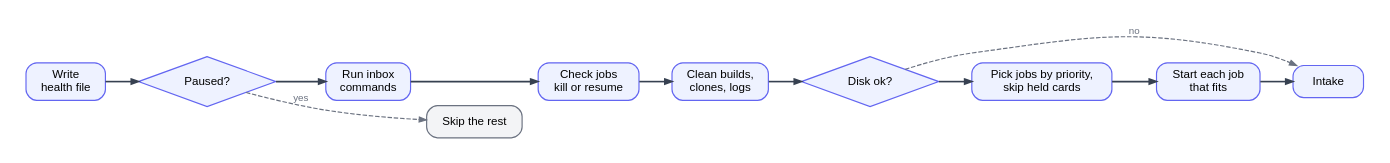
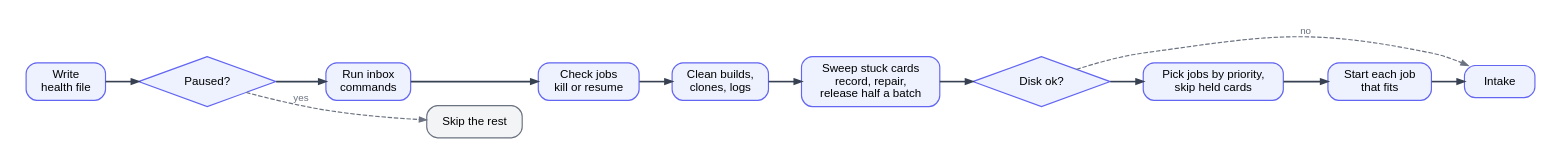
The diagram in factory/docs/diagrams/tick.dot (btseytlin/road-machiners), drawn with Graphviz before and after one commit. The commit also changed 6 other files, not shown here.

Commit message:
The spec describes the stuck sweep, its records and the half-batch merge retry

```diff
--- a/factory/docs/diagrams/tick.dot
+++ b/factory/docs/diagrams/tick.dot
@@ -1,13 +1,15 @@
 // One tick. Black: normal path. Grey: the tick skips steps. Intake runs last, so its failure never holds back a job.
+// The stuck sweep runs on the board the tick read, and its crash never holds back the jobs.
 digraph tick {
   rankdir=LR; nodesep=0.3; ranksep=0.5; bgcolor=white; pad=0.3;
   node [shape=box, style="rounded,filled", fillcolor="#eef2ff", color="#6366f1", fontname="Helvetica", fontsize=13, margin="0.15,0.1", penwidth=1.3, width=1.1];
   edge [color="#374151", penwidth=1.8, arrowsize=0.8, fontname="Helvetica", fontsize=11];
   H [label="Write\nhealth file"]; Q [label="Paused?", shape=diamond, style=filled, width=1.1]; IN [label="Run inbox\ncommands"];
   J [label="Check jobs\nkill or resume"]; K [label="Intake"]; CL [label="Clean builds,\nclones, logs"];
+  SW [label="Sweep stuck cards\nrecord, repair,\nrelease half a batch"];
   DSK [label="Disk ok?", shape=diamond, style=filled, width=1.1]; PK [label="Pick jobs by priority,\nskip held cards"]; ST [label="Start each job\nthat fits"];
   STOP [label="Skip the rest", fillcolor="#f3f4f6", color="#6b7280"];
-  H -> Q -> IN -> J -> CL -> DSK -> PK -> ST -> K [weight=100];
+  H -> Q -> IN -> J -> CL -> SW -> DSK -> PK -> ST -> K [weight=100];
   edge [color="#6b7280", fontcolor="#6b7280", style=dashed, penwidth=1.3, weight=0];
   Q -> STOP [label="yes"]; DSK -> K [label="no"];
 }
```
